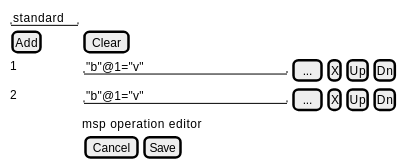
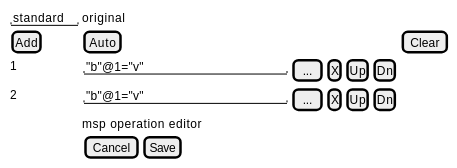
Before and after one commit to vedph/cadmus_web: the second of 2 diagrams in libs/parts/philology/philology-ui/README.md, drawn with PlantUML. The commit also changed other lines of this file and 7 other files, not shown here.

````diff
--- a/libs/parts/philology/philology-ui/README.md
+++ b/libs/parts/philology/philology-ui/README.md
@@ -45,14 +45,14 @@
 ```plantuml
 @startuml
 salt
 {
-  "standard"
+  "standard" | original
   
-  [Add] | [Clear]
+  [Add] | [Auto] | [Clear]
   1 | { "&#34;b&#34;@1=&#34;v&#34;" | [...] | [X] | [Up] | [Dn] }
   2 | { "&#34;b&#34;@1=&#34;v&#34;" | [...] | [X] | [Up] | [Dn] }
   . | msp operation editor | *
   . { [Cancel] | [Save] }
 }
 @enduml
 ```
````
